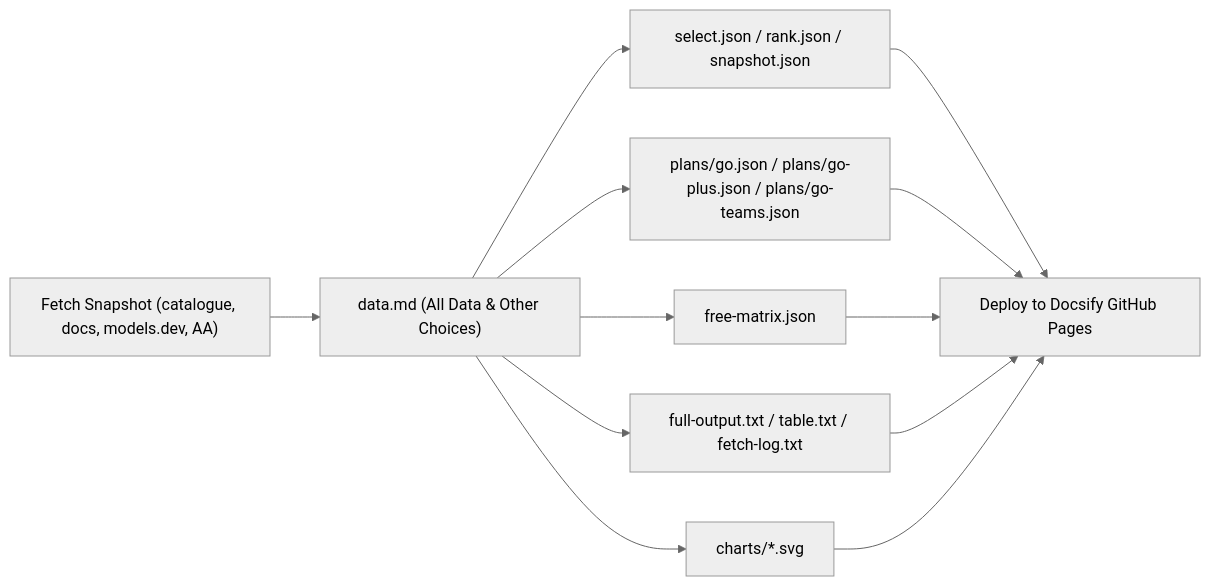
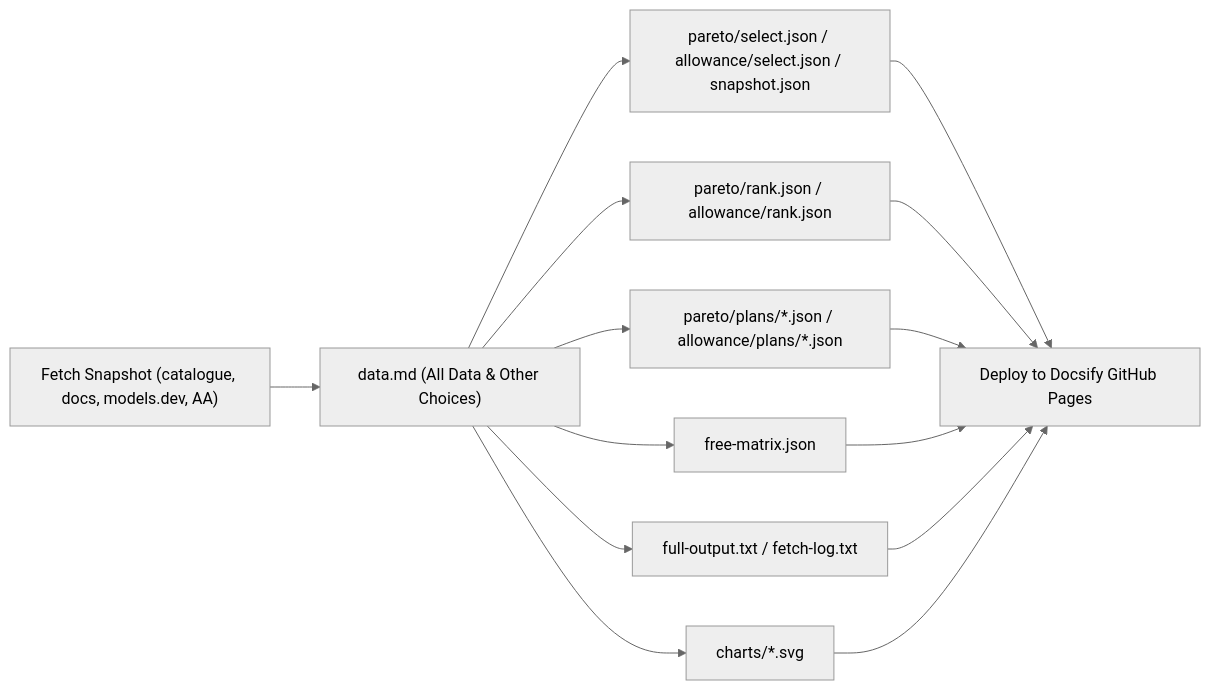
One commit to dbensmith/opencode-go-model-optimizer changed the diagram in docs/data.md. Above: the diagram before and after it, drawn with Mermaid (neutral theme). The commit also changed other lines of this file and 8 other files, not shown here.

````diff
--- a/docs/data.md
+++ b/docs/data.md
@@ -5,14 +5,16 @@
 ```mermaid
 flowchart LR
     FETCH["Fetch Snapshot (catalogue, docs, models.dev, AA)"] --> DATA["data.md (All Data & Other Choices)"]
-    DATA --> RAW["select.json / rank.json / snapshot.json"]
-    DATA --> PLANS["plans/go.json / plans/go-plus.json / plans/go-teams.json"]
+    DATA --> RAW["pareto/select.json / allowance/select.json / snapshot.json"]
+    DATA --> RANK["pareto/rank.json / allowance/rank.json"]
+    DATA --> PLANS["pareto/plans/*.json / allowance/plans/*.json"]
     DATA --> FREE["free-matrix.json"]
-    DATA --> OUTPUT["full-output.txt / table.txt / fetch-log.txt"]
+    DATA --> OUTPUT["full-output.txt / fetch-log.txt"]
     DATA --> CHARTS["charts/*.svg"]
     RAW --> PAGES["Deploy to Docsify GitHub Pages"]
+    RANK --> PAGES
     PLANS --> PAGES
     FREE --> PAGES
     OUTPUT --> PAGES
     CHARTS --> PAGES
 ```
````
